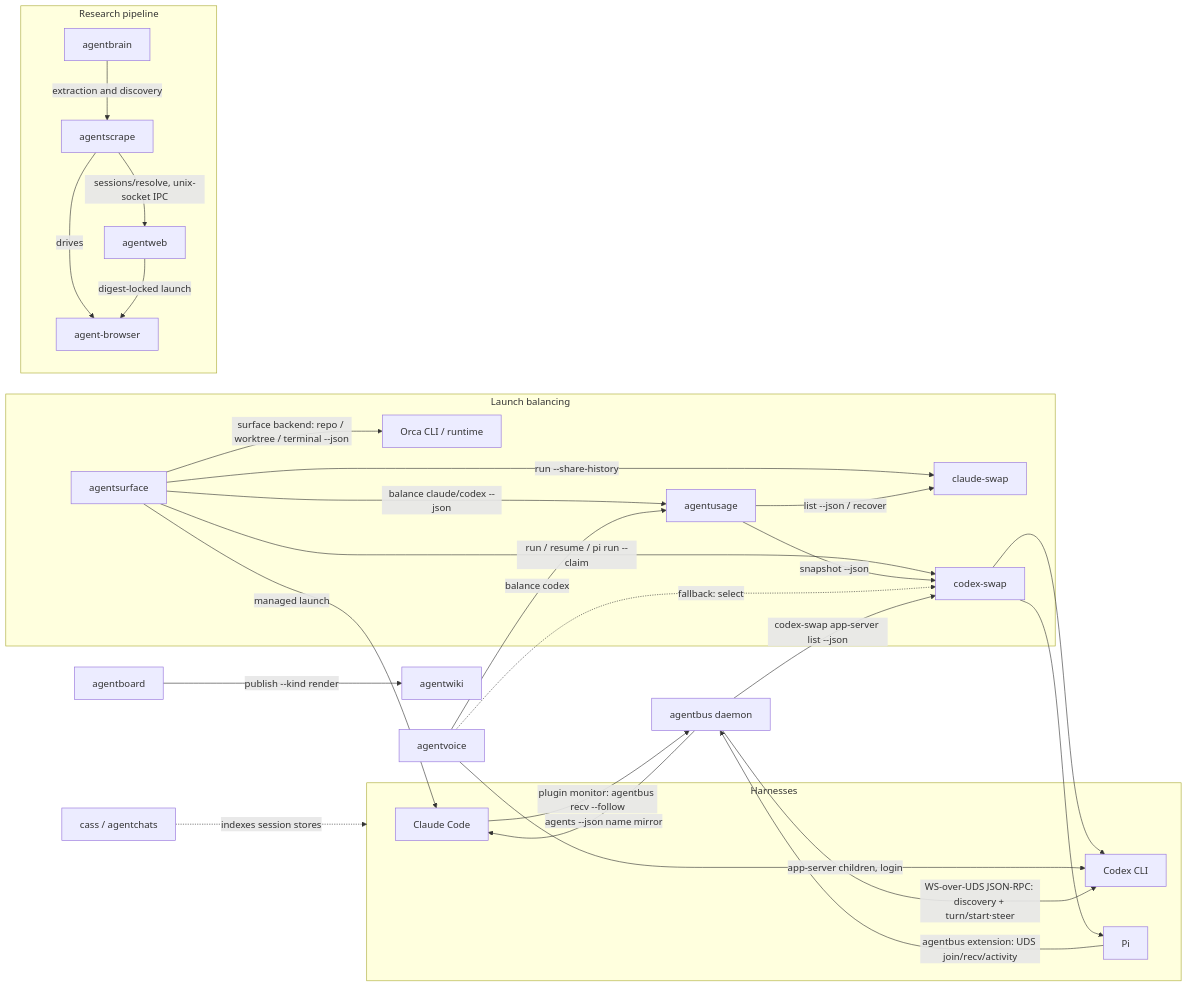
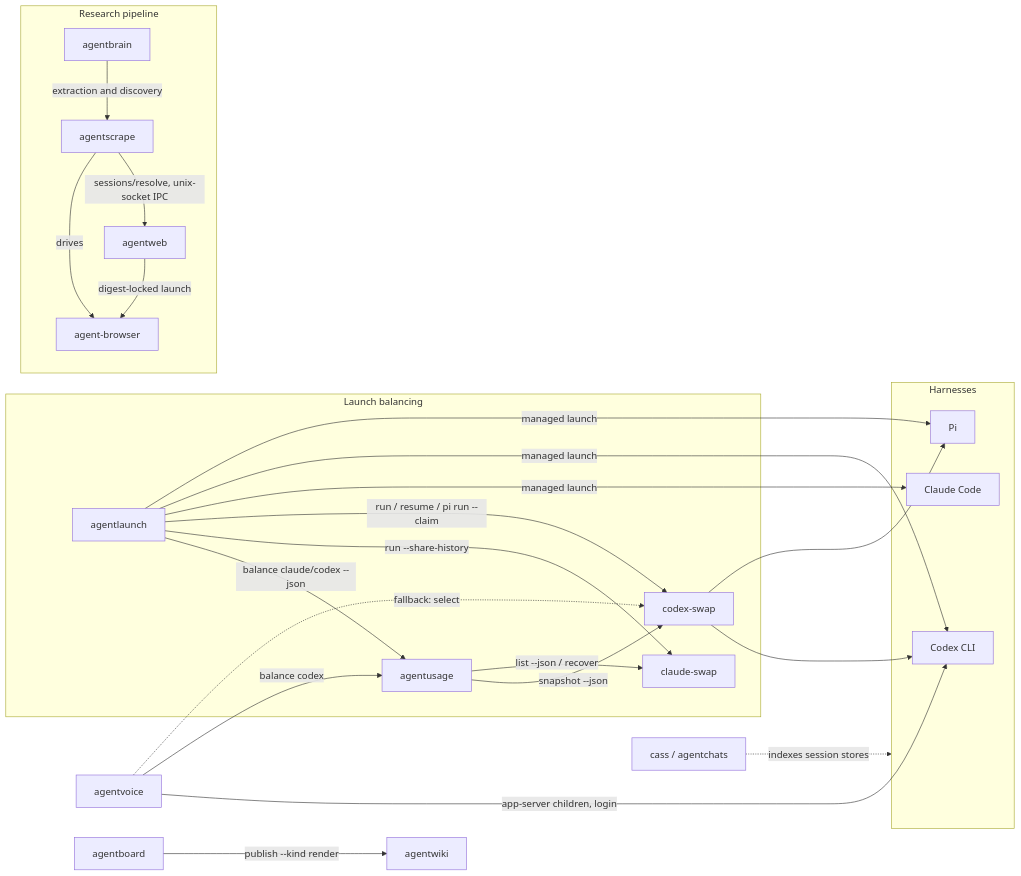
One commit to possibilities/agentdots changed the first of 3 diagrams in skills/fleet/MAP.md. Above: the diagram before and after it, drawn with Mermaid. The commit also changed other lines of this file and 22 other files, not shown here.

Commit message:
Unwire Orca and AgentBus from AgentStart

````diff
--- a/skills/fleet/MAP.md
+++ b/skills/fleet/MAP.md
@@ -18,52 +18,47 @@
 ```mermaid
 flowchart LR
     subgraph harnesses [Harnesses]
         claude[Claude Code]
         codex[Codex CLI]
         pi[Pi]
     end
 
     subgraph balancing [Launch balancing]
-        surface[agentsurface]
+        launch[agentlaunch]
         usage[agentusage]
         claudeSwap[claude-swap]
         swap[codex-swap]
-        orca[Orca CLI / runtime]
     end
 
     subgraph research [Research pipeline]
         brain[agentbrain]
         scrape[agentscrape]
         web[agentweb]
         browser[agent-browser]
     end
 
     voice[agentvoice]
     board[agentboard]
     wiki[agentwiki]
     chats[cass / agentchats]
 
-    surface -->|balance claude/codex --json| usage
-    surface -->|run --share-history| claudeSwap
-    surface -->|run / resume / pi run --claim| swap
-    surface -->|managed launch| claude
-    surface -->|surface backend: repo / worktree / terminal --json| orca
+    launch -->|balance claude/codex --json| usage
+    launch -->|run --share-history| claudeSwap
+    launch -->|run / resume / pi run --claim| swap
+    launch -->|managed launch| claude
+    launch -->|managed launch| codex
+    launch -->|managed launch| pi
     swap --> codex
     swap --> pi
     usage -->|snapshot --json| swap
     usage -->|list --json / recover| claudeSwap
     voice -->|app-server children, login| codex
     voice -->|balance codex| usage
     voice -.->|fallback: select| swap
     brain -->|extraction and discovery| scrape
     scrape -->|drives| browser
     scrape -->|sessions/resolve, unix-socket IPC| web
     web -->|digest-locked launch| browser
     board -->|publish --kind render| wiki
     chats -.->|indexes session stores| harnesses
-    bus[agentbus daemon] -->|agents --json name mirror| claude
-    bus -->|WS-over-UDS JSON-RPC: discovery + turn/start·steer| codex
-    bus -->|codex-swap app-server list --json| swap
-    claude -->|plugin monitor: agentbus recv --follow| bus
-    pi -->|agentbus extension: UDS join/recv/activity| bus
 ```
````
